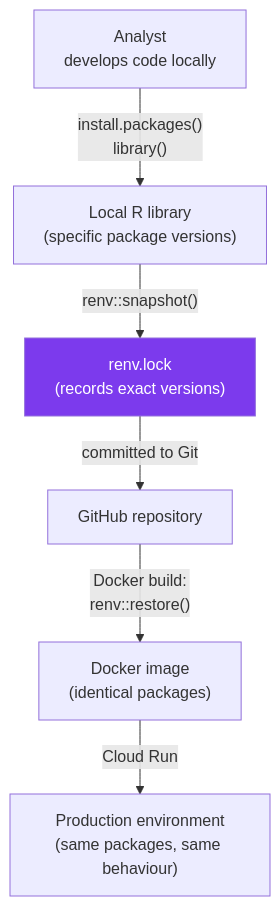
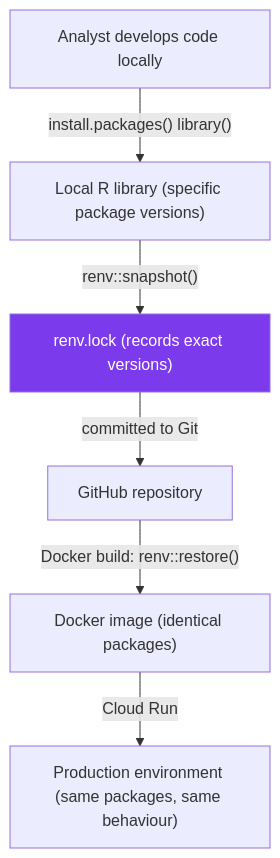
Before and after one commit to Ch3w3y/docker_gcp: the first of 2 diagrams in docs/version-management.md, drawn with Mermaid. The commit also changed other lines of this file and 10 other files, not shown here.

First line of the commit message:
Fix mermaid diagram rendering: replace literal \n with spaces

````diff
--- a/docs/version-management.md
+++ b/docs/version-management.md
@@ -35,11 +35,11 @@
 ```mermaid
 flowchart TD
-    DEV["Analyst\ndevelops code locally"]
-    DEV -->|"install.packages()\nlibrary()"| LOCAL_LIB["Local R library\n(specific package versions)"]
-    LOCAL_LIB -->|"renv::snapshot()"| LOCK["renv.lock\n(records exact versions)"]
+    DEV["Analyst develops code locally"]
+    DEV -->|"install.packages() library()"| LOCAL_LIB["Local R library (specific package versions)"]
+    LOCAL_LIB -->|"renv::snapshot()"| LOCK["renv.lock (records exact versions)"]
     LOCK -->|"committed to Git"| GITHUB["GitHub repository"]
-    GITHUB -->|"Docker build:\nrenv::restore()"| IMAGE["Docker image\n(identical packages)"]
-    IMAGE -->|"Cloud Run"| PROD["Production environment\n(same packages, same behaviour)"]
+    GITHUB -->|"Docker build: renv::restore()"| IMAGE["Docker image (identical packages)"]
+    IMAGE -->|"Cloud Run"| PROD["Production environment (same packages, same behaviour)"]
 
     style LOCK fill:#7c3aed,color:#fff
 ```
````
